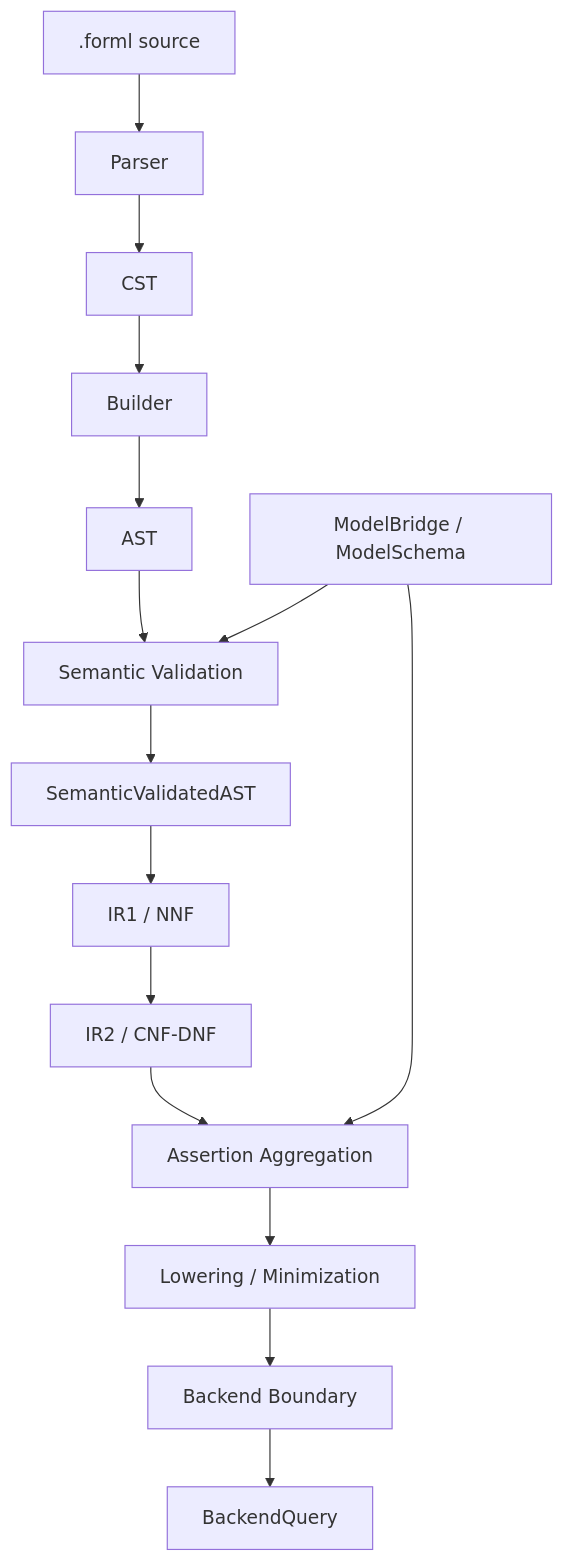
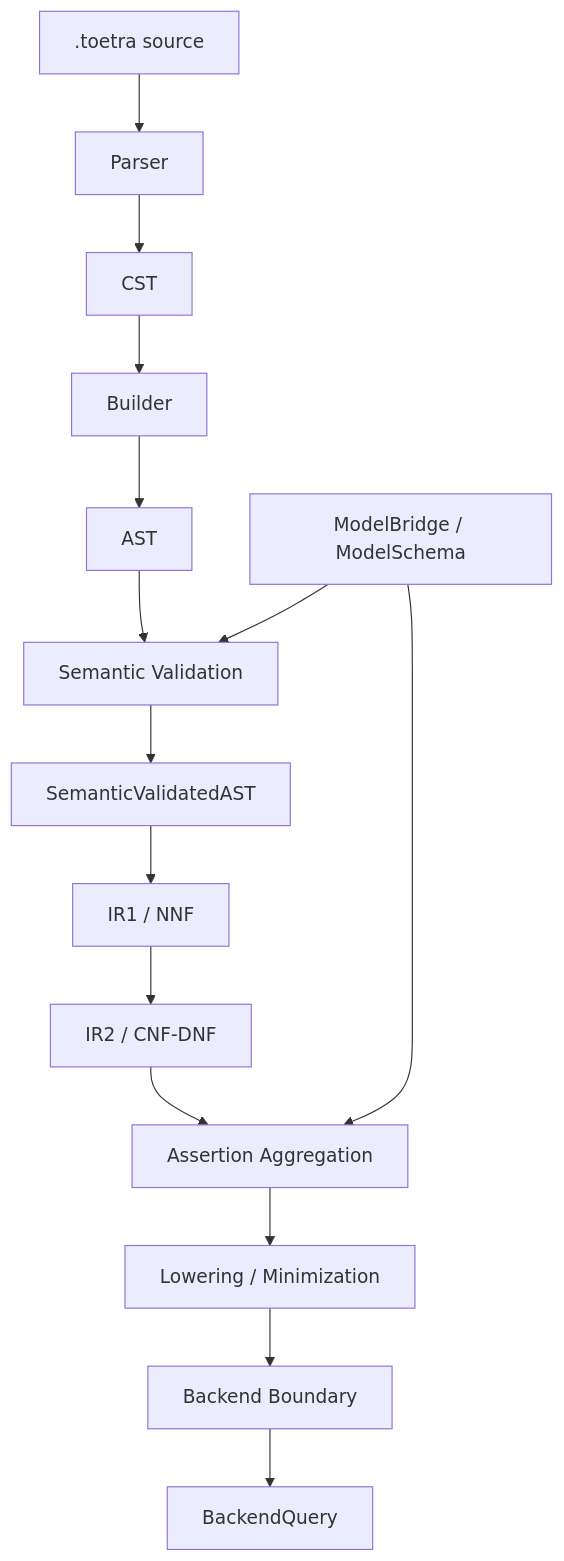
The diagram in docs/compiler/pipeline.md (KintanaOne/Toetra), drawn with Mermaid before and after one commit. The commit also changed other lines of this file and 218 other files, not shown here.

````diff
--- a/docs/compiler/pipeline.md
+++ b/docs/compiler/pipeline.md
@@ -212,21 +212,21 @@
 ```mermaid
 flowchart TD
-    A[.forml source]
+    A[.toetra source]
         --> B[Parser]
         --> C[CST]
         --> D[Builder]
         --> E[AST]
         --> F[Semantic Validation]
         --> G[SemanticValidatedAST]
         --> H[IR1 / NNF]
         --> I[IR2 / CNF-DNF]
         --> J[Assertion Aggregation]
         --> K[Lowering / Minimization]
         --> L[Backend Boundary]
         --> M[BackendQuery]
 
     MB[ModelBridge / ModelSchema]
         --> F
     MB
         --> J
 ```
````
